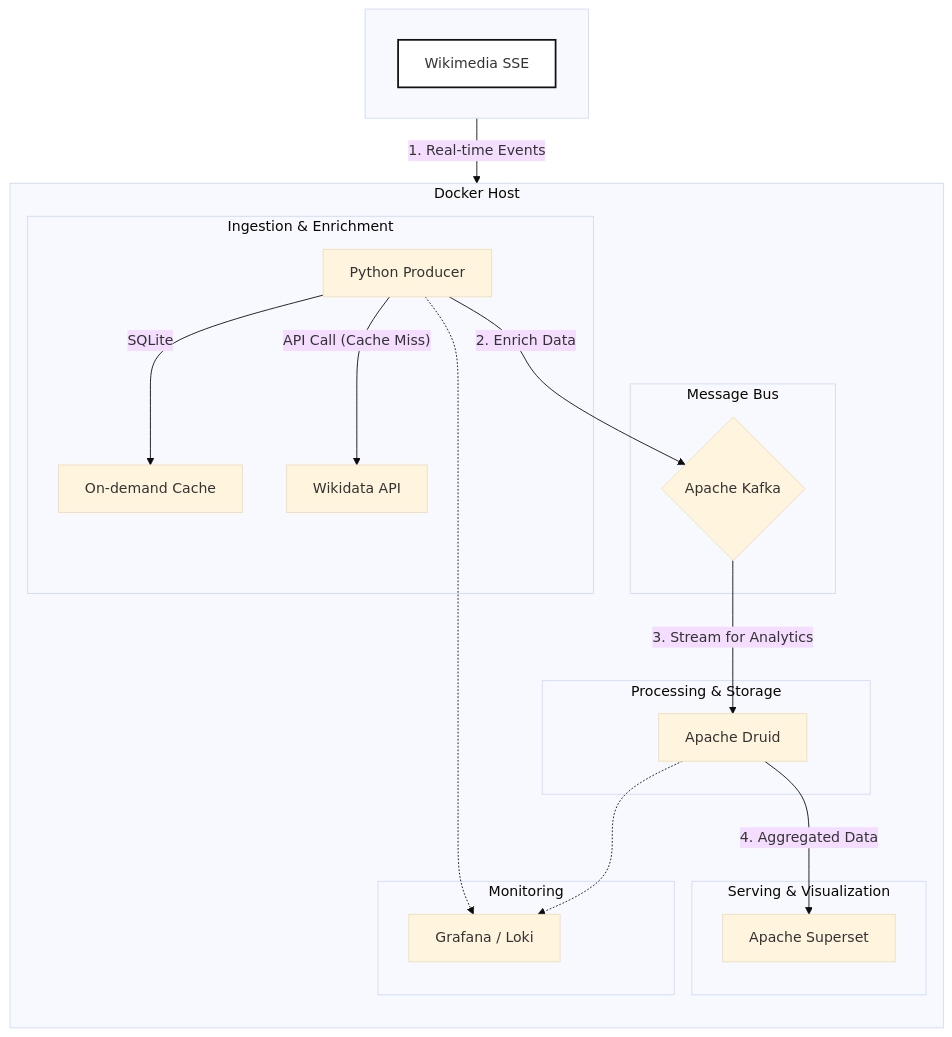
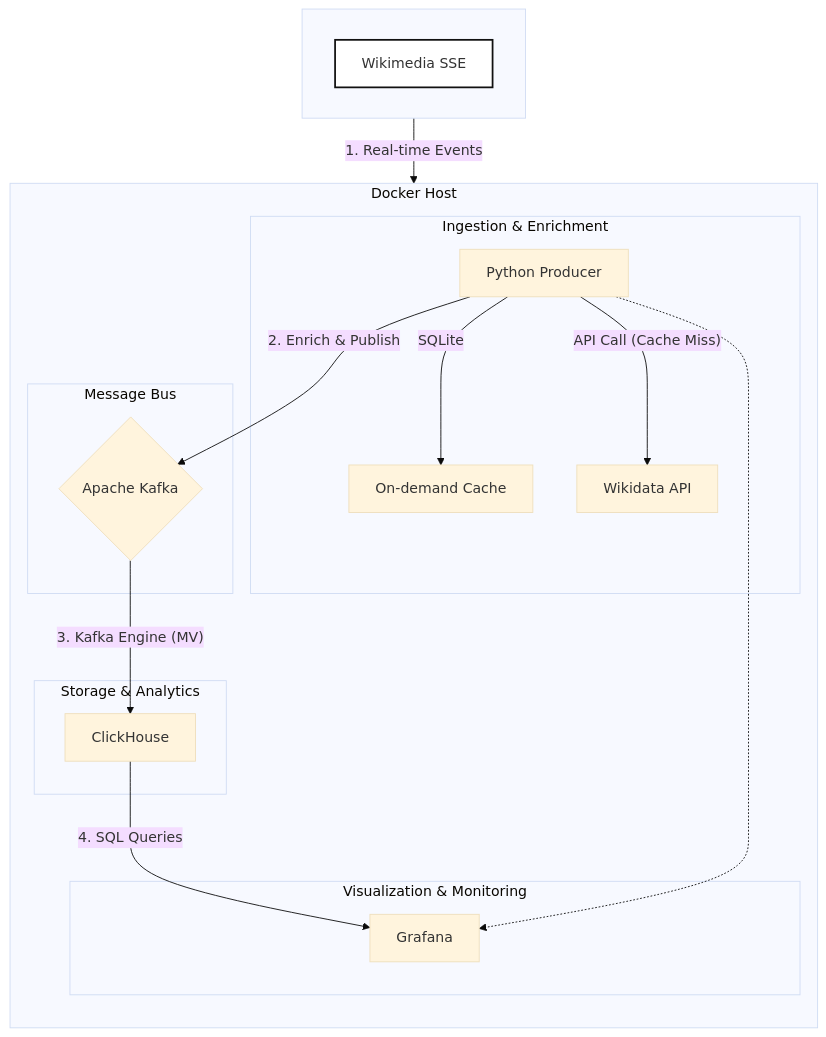
The diagram in README.md (binnini/wikiStreams), drawn with Mermaid (base theme) before and after one commit. The commit also changed other lines of this file and 4 other files, not shown here.

````diff
--- a/README.md
+++ b/README.md
@@ -13,43 +11,38 @@
 ```mermaid
 graph TD
     subgraph " "
         direction LR
         A[<fa:fa-globe> Wikimedia SSE]
     end
 
     subgraph "Docker Host"
         direction TB
-        
+
         subgraph "Ingestion & Enrichment"
             B[<fa:fa-brands fa-python> Python Producer] -- "SQLite" --> C[<fa:fa-database> On-demand Cache]
             B -- "API Call (Cache Miss)" --> D[<fa:fa-server> Wikidata API]
         end
 
         subgraph "Message Bus"
             E{<fa:fa-layer-group> Apache Kafka}
         end
 
-        subgraph "Processing & Storage"
-            F[<fa:fa-bolt> Apache Druid]
+        subgraph "Storage & Analytics"
+            F[<fa:fa-bolt> ClickHouse]
         end
 
-        subgraph "Serving & Visualization"
-            G[<fa:fa-chart-simple> Apache Superset]
-        end
-        
-        subgraph "Monitoring"
-            H[<fa:fa-eye> Grafana / Loki]
+        subgraph "Visualization & Monitoring"
+            G[<fa:fa-chart-simple> Grafana]
         end
     end
 
     %% Data Flow
     A -- "1. Real-time Events" --> B
-    B -- "2. Enrich Data" --> E
-    E -- "3. Stream for Analytics" --> F
-    F -- "4. Aggregated Data" --> G
-    B -.-> H
-    F -.-> H
+    B -- "2. Enrich & Publish" --> E
+    E -- "3. Kafka Engine (MV)" --> F
+    F -- "4. SQL Queries" --> G
+    B -.-> G
 
     %% Styling
     style A fill:#fff,stroke:#111,stroke-width:2px
 ```
````
